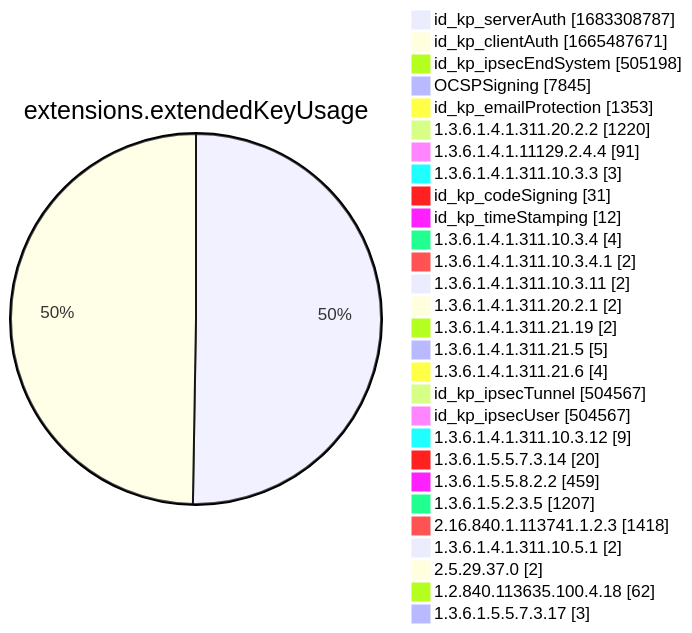
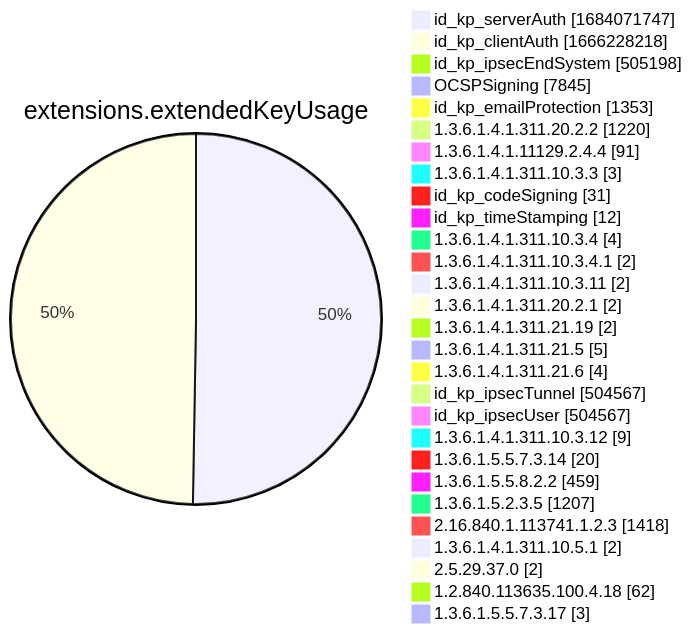
Before and after one commit to christiankrug/ctmonitor_visualization: diagram 12 of 15 in xenon2022/README.md, drawn with Mermaid. The commit also changed other lines of this file, not shown here.

````diff
--- a/xenon2022/README.md
+++ b/xenon2022/README.md
@@ -3888,32 +3888,32 @@
 ```mermaid
 pie showData
 title extensions.extendedKeyUsage
-"id_kp_serverAuth" :1683308787
-"id_kp_clientAuth" :1665487671
+"id_kp_serverAuth" :1684071747
+"id_kp_clientAuth" :1666228218
 "id_kp_ipsecEndSystem" :505198
 "OCSPSigning" :7845
 "id_kp_emailProtection" :1353
 "1.3.6.1.4.1.311.20.2.2" :1220
 "1.3.6.1.4.1.11129.2.4.4" :91
 "1.3.6.1.4.1.311.10.3.3" :3
 "id_kp_codeSigning" :31
 "id_kp_timeStamping" :12
 "1.3.6.1.4.1.311.10.3.4" :4
 "1.3.6.1.4.1.311.10.3.4.1" :2
 "1.3.6.1.4.1.311.10.3.11" :2
 "1.3.6.1.4.1.311.20.2.1" :2
 "1.3.6.1.4.1.311.21.19" :2
 "1.3.6.1.4.1.311.21.5" :5
 "1.3.6.1.4.1.311.21.6" :4
 "id_kp_ipsecTunnel" :504567
 "id_kp_ipsecUser" :504567
 "1.3.6.1.4.1.311.10.3.12" :9
 "1.3.6.1.5.5.7.3.14" :20
 "1.3.6.1.5.5.8.2.2" :459
 "1.3.6.1.5.2.3.5" :1207
 "2.16.840.1.113741.1.2.3" :1418
 "1.3.6.1.4.1.311.10.5.1" :2
 "2.5.29.37.0" :2
 "1.2.840.113635.100.4.18" :62
 "1.3.6.1.5.5.7.3.17" :3
 ```
````
